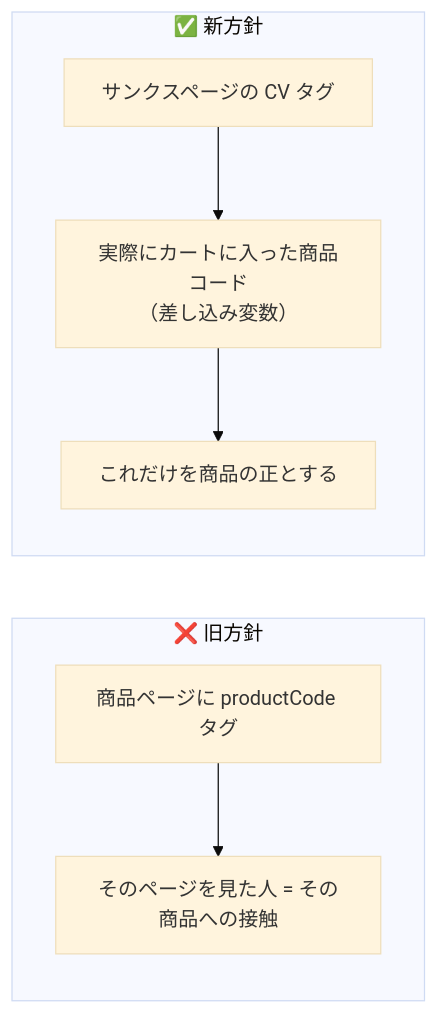
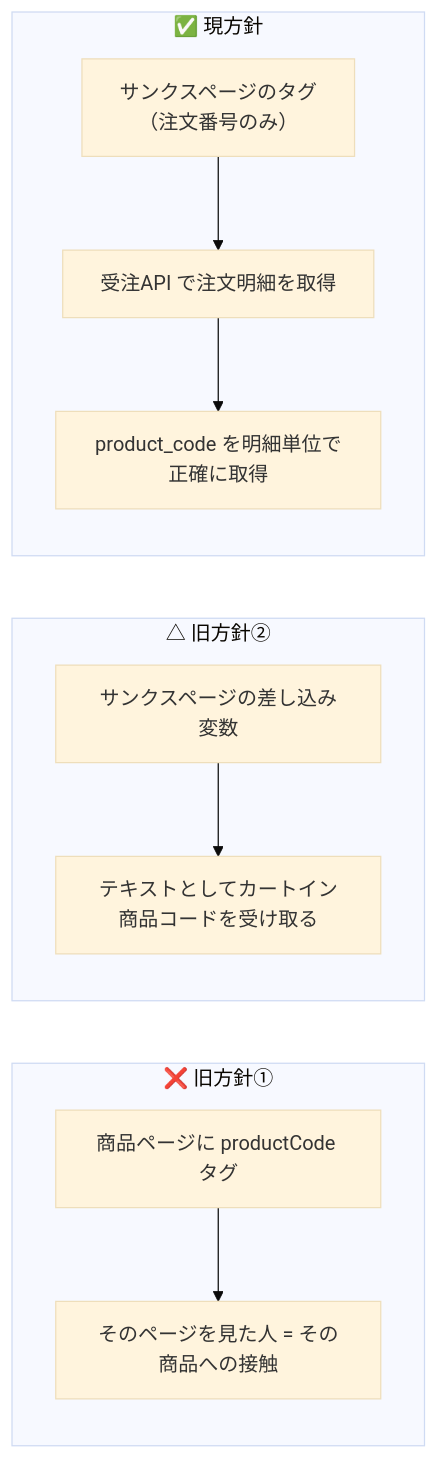
Before and after one commit to t-kamiya-lgtm/popup: the fourth of 4 diagrams in docs/09-cart-integration.md, drawn with Mermaid (base theme). The commit also changed other lines of this file and 8 other files, not shown here.

````diff
--- a/docs/09-cart-integration.md
+++ b/docs/09-cart-integration.md
@@ -288,9 +357,12 @@
 ```mermaid
 flowchart LR
-  subgraph OLD["❌ 旧方針"]
+  subgraph OLD1["❌ 旧方針①"]
     A1["商品ページに productCode タグ"] --> A2["そのページを見た人 = その商品への接触"]
   end
-  subgraph NEW["✅ 新方針"]
-    B1["サンクスページの CV タグ"] --> B2["実際にカートに入った商品コード<br/>（差し込み変数）"] --> B3["これだけを商品の正とする"]
+  subgraph OLD2["△ 旧方針②"]
+    B1["サンクスページの差し込み変数"] --> B2["テキストとしてカートイン商品コードを受け取る"]
+  end
+  subgraph NEW["✅ 現方針"]
+    C1["サンクスページのタグ<br/>（注文番号のみ）"] --> C2["受注API で注文明細を取得"] --> C3["product_code を明細単位で正確に取得"]
   end
 ```
````
